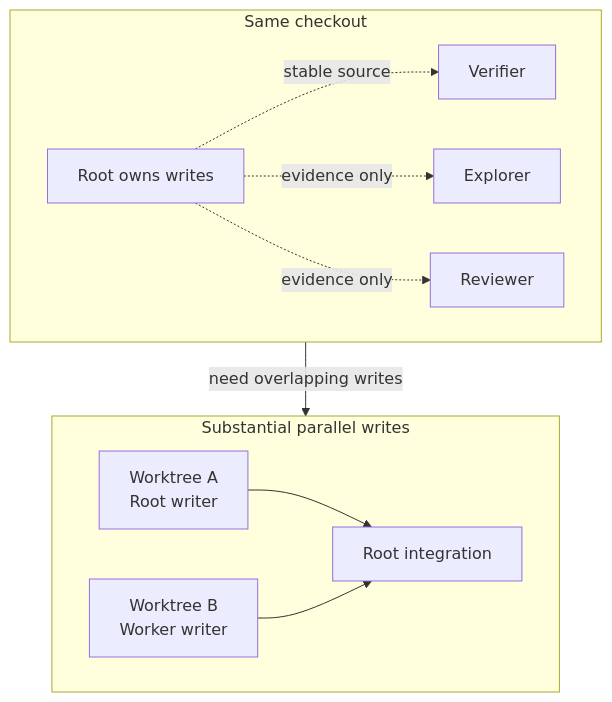
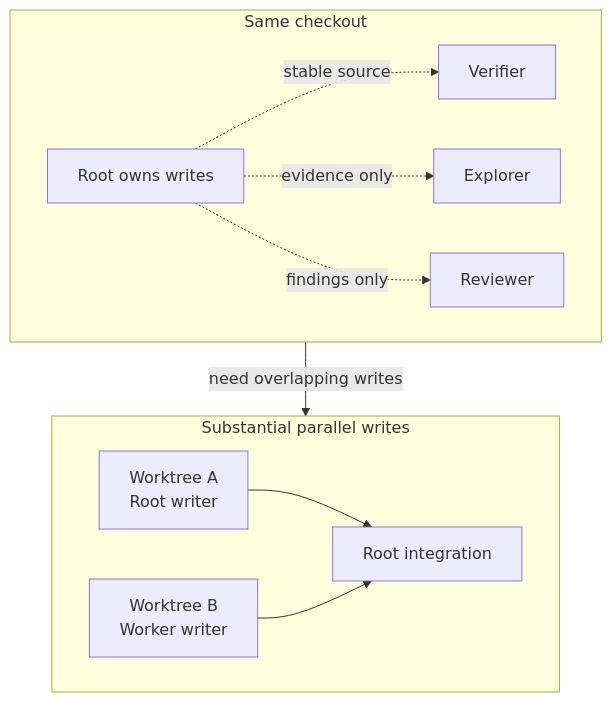
The fifth of 6 diagrams in README.md (ArseneWg/codex-agent-foundry), drawn with Mermaid before and after one commit.

Commit message:
Align Reviewer diagram output terminology

````diff
--- a/README.md
+++ b/README.md
@@ -192,22 +192,22 @@
 ```mermaid
 flowchart TB
     subgraph SameCheckout[Same checkout]
         R1[Root owns writes]
         E1[Explorer]
         Q1[Reviewer]
         V1[Verifier]
         R1 -. stable source .-> V1
         R1 -. evidence only .-> E1
-        R1 -. evidence only .-> Q1
+        R1 -. findings only .-> Q1
     end
 
     subgraph Parallel[Substantial parallel writes]
         A[Worktree A<br/>Root writer]
         B[Worktree B<br/>Worker writer]
         I[Root integration]
         A --> I
         B --> I
     end
 
     SameCheckout -->|need overlapping writes| Parallel
 ```
````
